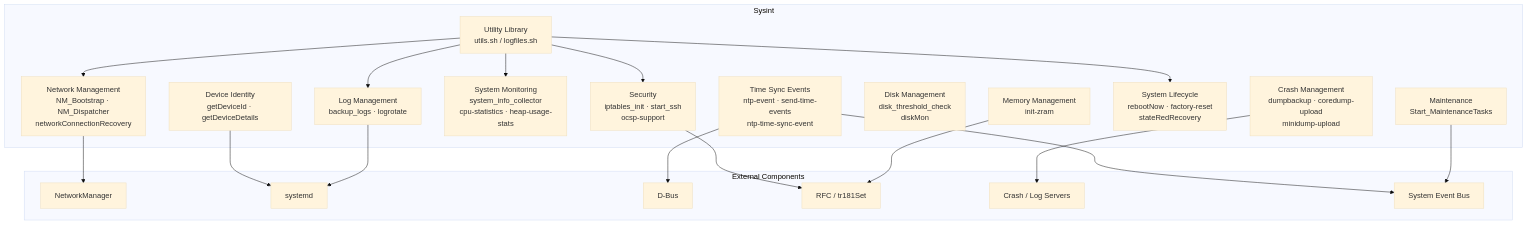
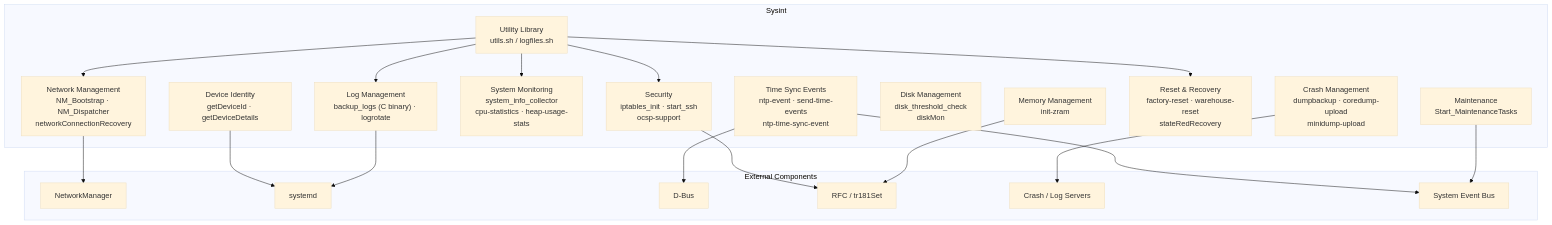
Before and after one commit to rdkcentral/sysint: the second of 6 diagrams in README.md, drawn with Mermaid (base theme). The commit also changed other lines of this file, not shown here.

````diff
--- a/README.md
+++ b/README.md
@@ -86,41 +123,41 @@
 ```mermaid
 graph TD
     subgraph SysintComp["Sysint"]
         Utils["Utility Library<br/>utils.sh / logfiles.sh"]
-        LM["Log Management<br/>backup_logs · logrotate"]
+        LM["Log Management<br/>backup_logs (C binary) · logrotate"]
         NMod["Network Management<br/>NM_Bootstrap · NM_Dispatcher<br/>networkConnectionRecovery"]
         SEC["Security<br/>iptables_init · start_ssh<br/>ocsp-support"]
         MON["System Monitoring<br/>system_info_collector<br/>cpu-statistics · heap-usage-stats"]
         TS["Time Sync Events<br/>ntp-event · send-time-events<br/>ntp-time-sync-event"]
         CRASH["Crash Management<br/>dumpbackup · coredump-upload<br/>minidump-upload"]
         DISK["Disk Management<br/>disk_threshold_check<br/>diskMon"]
         DID["Device Identity<br/>getDeviceId · getDeviceDetails"]
-        SLC["System Lifecycle<br/>rebootNow · factory-reset<br/>stateRedRecovery"]
+        SLC["Reset & Recovery<br/>factory-reset · warehouse-reset<br/>stateRedRecovery"]
         MEM["Memory Management<br/>init-zram"]
         MAINT["Maintenance<br/>Start_MaintenanceTasks"]
     end
 
     subgraph Ext["External Components"]
         NMSvc["NetworkManager"]
         Systemd["systemd"]
         DBus["D-Bus"]
         RFC["RFC / tr181Set"]
         CloudExt["Crash / Log Servers"]
         EvtBus["System Event Bus"]
     end
 
     Utils --> LM
     Utils --> NMod
     Utils --> SEC
     Utils --> MON
     Utils --> SLC
     NMod --> NMSvc
     TS --> DBus
     TS --> EvtBus
     CRASH --> CloudExt
     SEC --> RFC
     MEM --> RFC
     DID --> Systemd
     LM --> Systemd
     MAINT --> EvtBus
 ```
````
